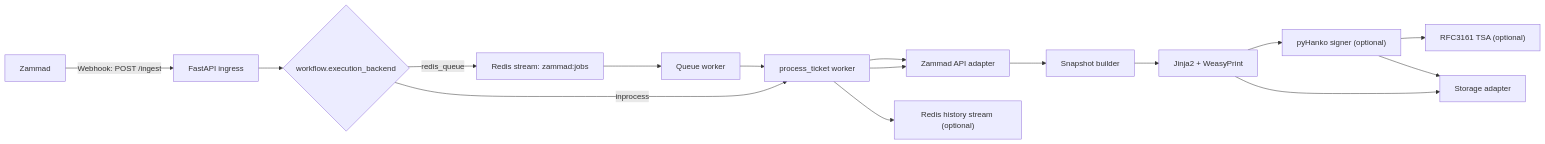
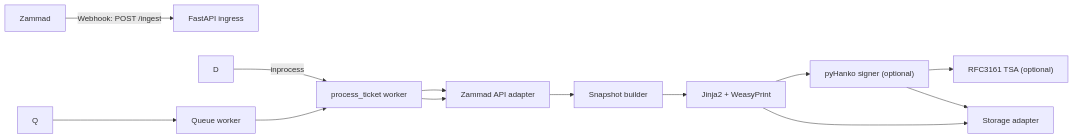
The first of 2 diagrams in README.md (sebastianspicker/chronikwerk), drawn with Mermaid before and after one commit. The commit also changed other lines of this file and 360 other files, not shown here.

````diff
--- a/README.md
+++ b/README.md
@@ -118,18 +107,15 @@
 ```mermaid
 flowchart LR
   Z["Zammad"] -->|"Webhook: POST /ingest"| I["FastAPI ingress"]
-  I --> D{"workflow.execution_backend"}
   D -->|"inprocess"| J["process_ticket worker"]
-  D -->|"redis_queue"| Q["Redis stream: zammad:jobs"]
   Q --> W["Queue worker"]
   W --> J
   J --> ZA["Zammad API adapter"]
   ZA --> SN["Snapshot builder"]
   SN --> PDF["Jinja2 + WeasyPrint"]
   PDF --> SG["pyHanko signer (optional)"]
   SG --> TSA["RFC3161 TSA (optional)"]
   PDF --> ST["Storage adapter"]
   SG --> ST
-  J --> H["Redis history stream (optional)"]
   J --> ZA
 ```
````
